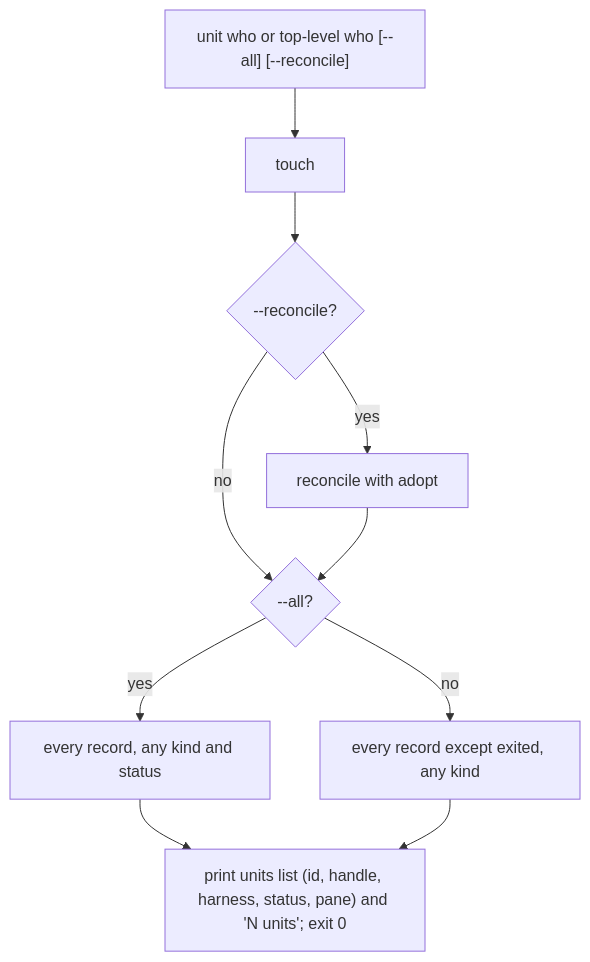
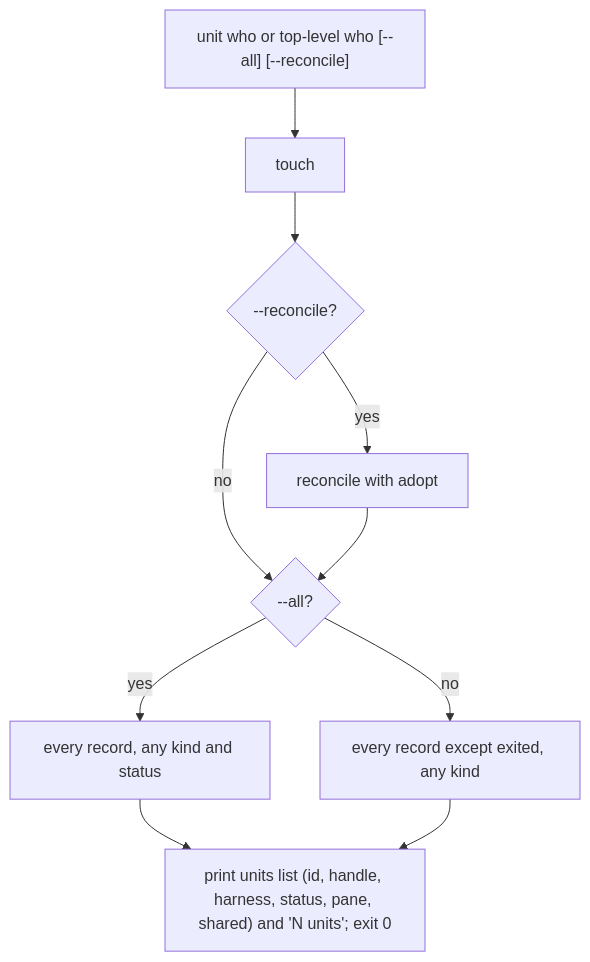
Before and after one commit to cyberuni/cyberlegion: the seventh of 13 diagrams in packages/cyberlegion/.agents/spec/unit/registry/README.md, drawn with Mermaid. The commit also changed other lines of this file and 18 other files, not shown here.

````diff
--- a/packages/cyberlegion/.agents/spec/unit/registry/README.md
+++ b/packages/cyberlegion/.agents/spec/unit/registry/README.md
@@ -516,12 +522,12 @@
 ```mermaid
 graph TD
   WH0["unit who or top-level who [--all] [--reconcile]"] --> WH1["touch"]
   WH1 --> WH2{"--reconcile?"}
   WH2 -- yes --> WH2R["reconcile with adopt"]
   WH2 -- no --> WH3
   WH2R --> WH3{"--all?"}
   WH3 -- yes --> WH4["every record, any kind and status"]
   WH3 -- no --> WH5["every record except exited, any kind"]
-  WH4 --> WH6["print units list (id, handle, harness, status, pane) and 'N units'; exit 0"]
+  WH4 --> WH6["print units list (id, handle, harness, status, pane, shared) and 'N units'; exit 0"]
   WH5 --> WH6
 ```
````
